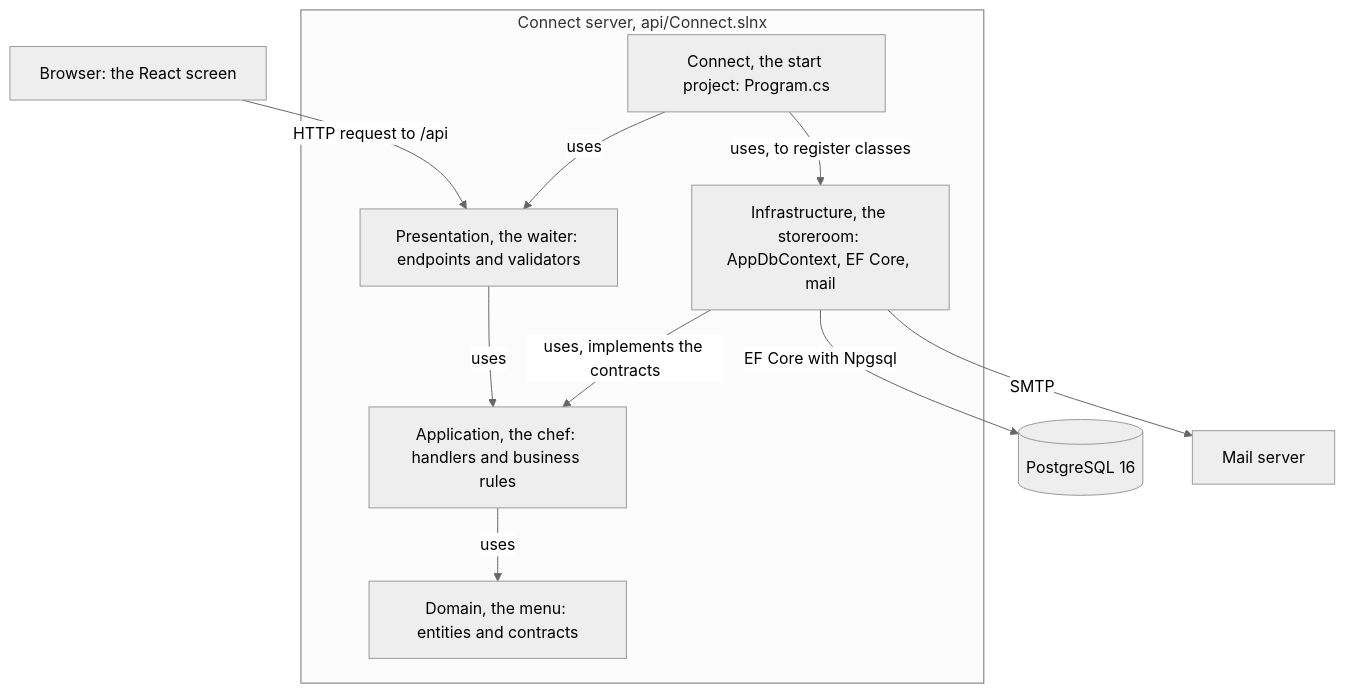
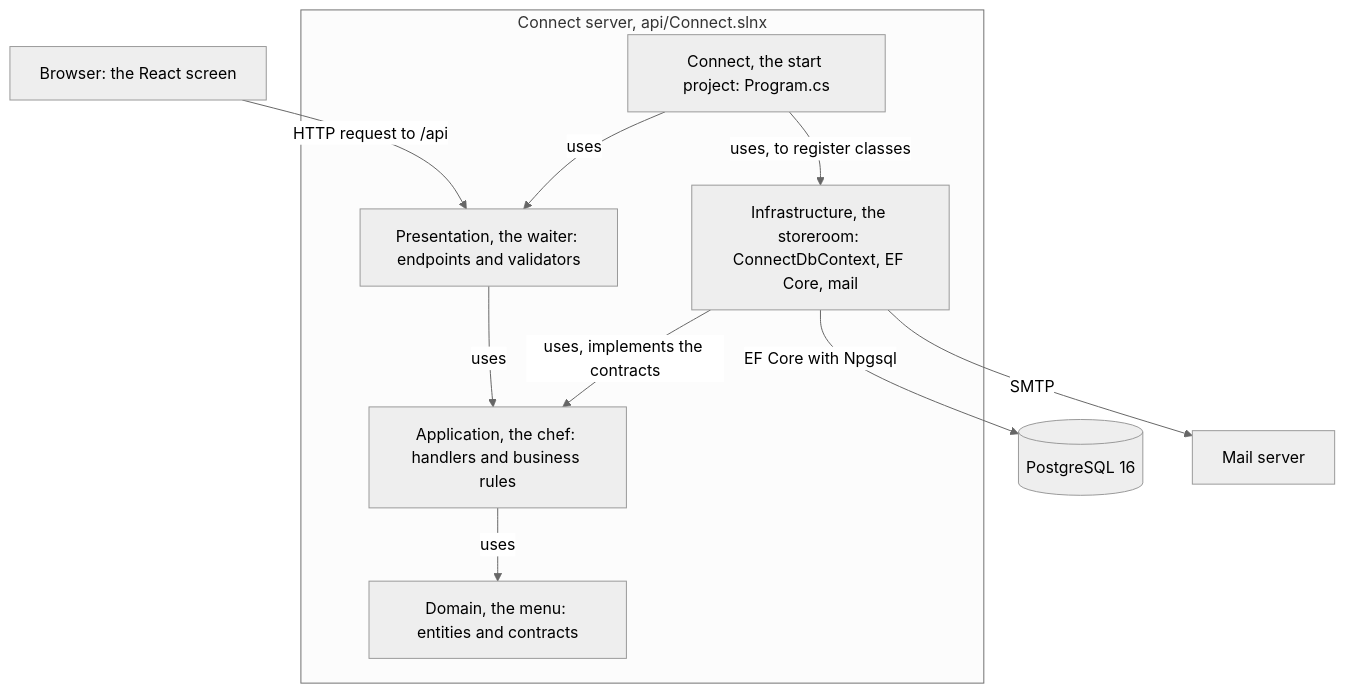
One commit to guruITA/connect-nine changed the first of 4 diagrams in docs/architecture/architecture.md. Above: the diagram before and after it, drawn with Mermaid (neutral theme). The commit also changed other lines of this file and 4 other files, not shown here.

First line of the commit message:
docs(docs): name the DbContext ConnectDbContext, as the code does (#12)

````diff
--- a/docs/architecture/architecture.md
+++ b/docs/architecture/architecture.md
@@ -157,18 +157,18 @@
 ```mermaid
 flowchart TB
     Browser["Browser: the React screen"] -->|"HTTP request to /api"| P
     subgraph Server["Connect server, api/Connect.slnx"]
         C["Connect, the start project: Program.cs"]
         P["Presentation, the waiter: endpoints and validators"]
         A["Application, the chef: handlers and business rules"]
         D["Domain, the menu: entities and contracts"]
-        I["Infrastructure, the storeroom: AppDbContext, EF Core, mail"]
+        I["Infrastructure, the storeroom: ConnectDbContext, EF Core, mail"]
         C -->|"uses"| P
         C -->|"uses, to register classes"| I
         P -->|"uses"| A
         A -->|"uses"| D
         I -->|"uses, implements the contracts"| A
     end
     I -->|"EF Core with Npgsql"| DB[("PostgreSQL 16")]
     I -->|"SMTP"| Mail["Mail server"]
 ```
````
